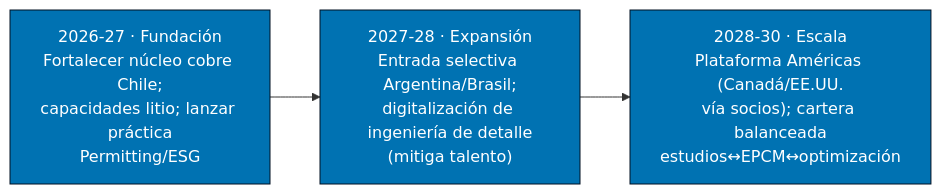
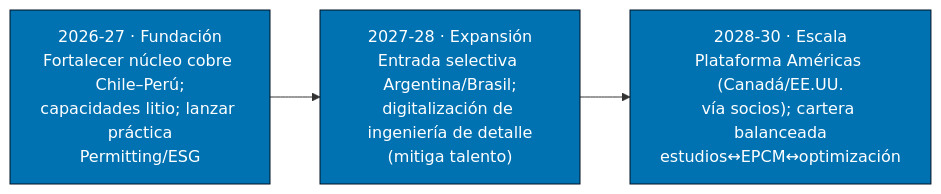
Before and after one commit to dcuerom/redco_proyect: the eighth of 8 diagrams in writing_outputs/20260626_demanda_ingenieria_mineria_2030/Informe_Demanda_Ingenieria_Minera_2030.md, drawn with Mermaid. The commit also changed other lines of this file and 12 other files, not shown here.

````diff
--- a/writing_outputs/20260626_demanda_ingenieria_mineria_2030/Informe_Demanda_Ingenieria_Minera_2030.md
+++ b/writing_outputs/20260626_demanda_ingenieria_mineria_2030/Informe_Demanda_Ingenieria_Minera_2030.md
@@ -525,9 +539,9 @@
 ```mermaid
 flowchart LR
-    F1["2026-27 · Fundación\nFortalecer núcleo cobre Chile;\ncapacidades litio; lanzar práctica\nPermitting/ESG"]
+    F1["2026-27 · Fundación\nFortalecer núcleo cobre Chile–Perú;\ncapacidades litio; lanzar práctica\nPermitting/ESG"]
     F2["2027-28 · Expansión\nEntrada selectiva Argentina/Brasil;\ndigitalización de ingeniería de detalle\n(mitiga talento)"]
     F3["2028-30 · Escala\nPlataforma Américas (Canadá/EE.UU.\nvía socios); cartera balanceada\nestudios↔EPCM↔optimización"]
     F1 --> F2 --> F3
     classDef p fill:#0072B2,stroke:#012,color:#fff;
     class F1,F2,F3 p;
 ```
````
